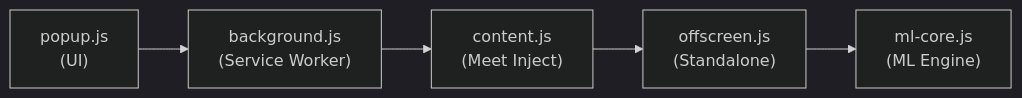
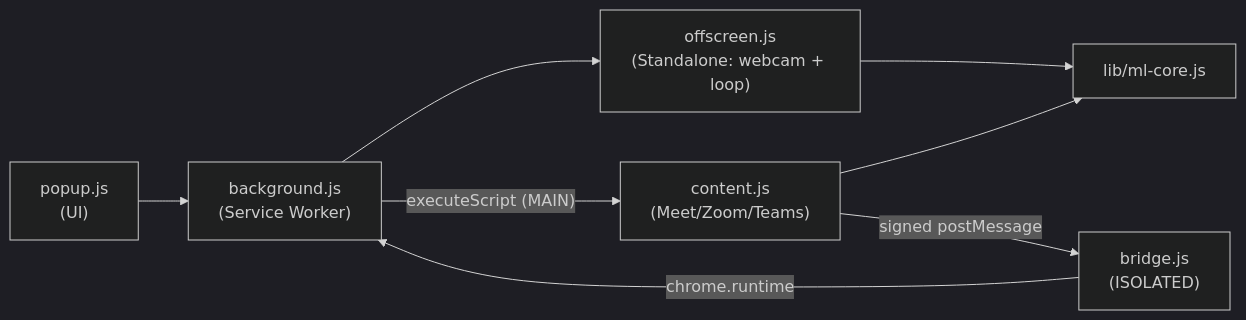
The fourth of 4 diagrams in README-v1.0.md (hrishikeshjh/AttentionTrackerOSS), drawn with Mermaid (dark theme) before and after one commit. The commit also changed other lines of this file and 10 other files, not shown here.

````diff
--- a/README-v1.0.md
+++ b/README-v1.0.md
@@ -447,7 +448,10 @@
 ```mermaid
 flowchart LR
     POP["popup.js<br/>(UI)"] --> BG["background.js<br/>(Service Worker)"]
-    BG --> CT["content.js<br/>(Meet Inject)"]
-    CT --> OS["offscreen.js<br/>(Standalone)"]
-    OS --> MLC["ml-core.js<br/>(ML Engine)"]
+    BG --> OS["offscreen.js<br/>(Standalone: webcam + loop)"]
+    BG -->|"executeScript (MAIN)"| CT["content.js<br/>(Meet/Zoom/Teams)"]
+    CT -->|"signed postMessage"| BR["bridge.js<br/>(ISOLATED)"]
+    BR -->|"chrome.runtime"| BG
+    OS --> MLC["lib/ml-core.js"]
+    CT --> MLC
 ```
````
